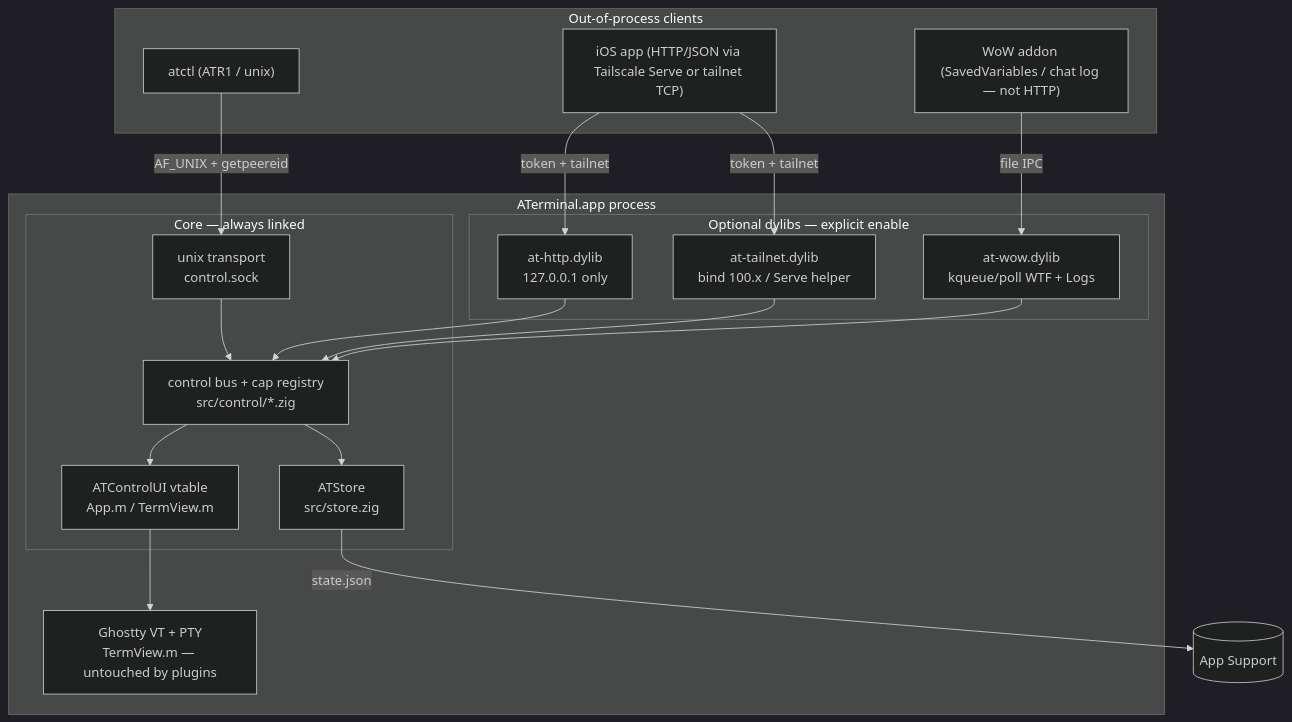
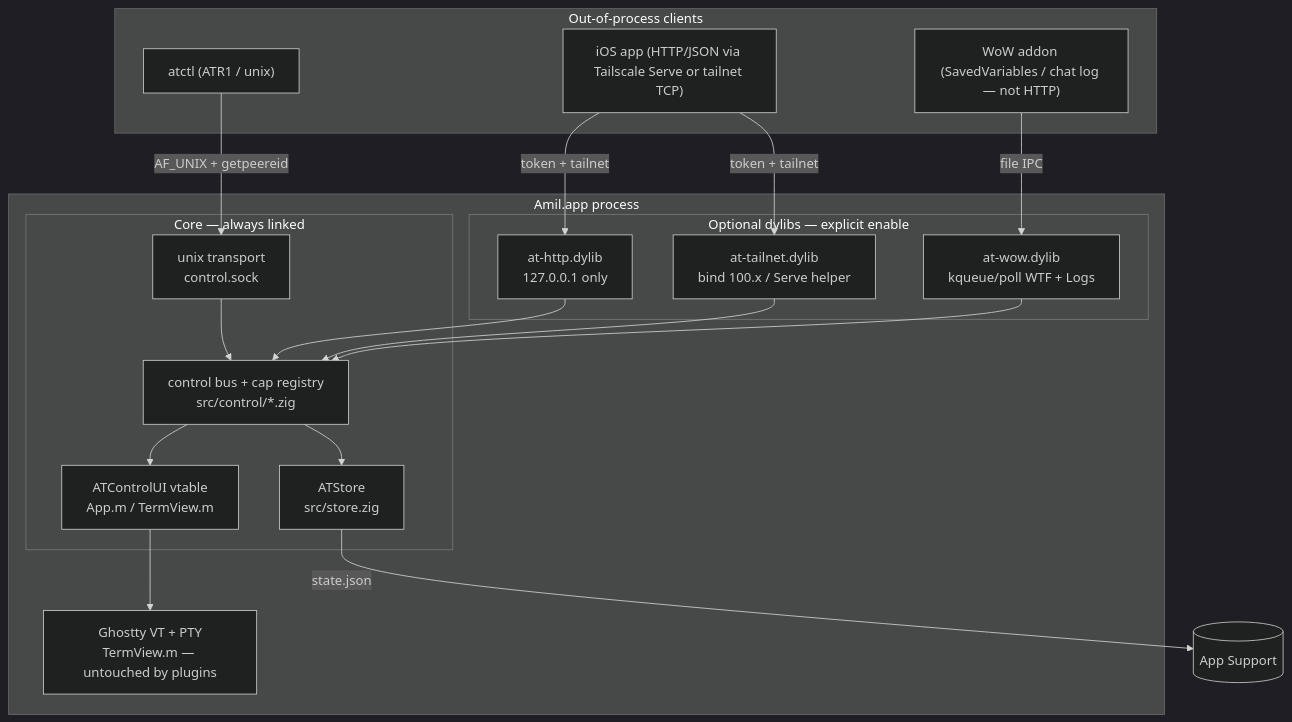
Before and after one commit to C4T4/Amil: the first of 4 diagrams in docs/control-plane.md, drawn with Mermaid (dark theme). The commit also changed other lines of this file and 9 other files, not shown here.

````diff
--- a/docs/control-plane.md
+++ b/docs/control-plane.md
@@ -96,36 +96,36 @@
 ```mermaid
 flowchart TB
   subgraph clients [Out-of-process clients]
     CLI["atctl (ATR1 / unix)"]
     iOS["iOS app (HTTP/JSON via Tailscale Serve or tailnet TCP)"]
     WoW["WoW addon (SavedVariables / chat log — not HTTP)"]
   end
 
-  subgraph app [ATerminal.app process]
+  subgraph app [Amil.app process]
     subgraph core [Core — always linked]
       Bus["control bus + cap registry<br/>src/control/*.zig"]
       Unix["unix transport<br/>control.sock"]
       Store["ATStore<br/>src/store.zig"]
       UI["ATControlUI vtable<br/>App.m / TermView.m"]
     end
     subgraph plugs [Optional dylibs — explicit enable]
       HTTP["at-http.dylib<br/>127.0.0.1 only"]
       Tail["at-tailnet.dylib<br/>bind 100.x / Serve helper"]
       WOW["at-wow.dylib<br/>kqueue/poll WTF + Logs"]
     end
     Ghostty["Ghostty VT + PTY<br/>TermView.m — untouched by plugins"]
   end
 
   CLI -->|AF_UNIX + getpeereid| Unix
   iOS -->|token + tailnet| HTTP
   iOS -->|token + tailnet| Tail
   WoW -->|file IPC| WOW
   Unix --> Bus
   HTTP --> Bus
   Tail --> Bus
   WOW --> Bus
   Bus --> Store
   Bus --> UI
   UI --> Ghostty
   Store -->|state.json| Disk[(App Support)]
 ```
````
